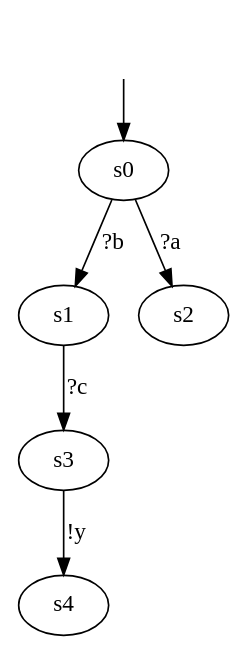
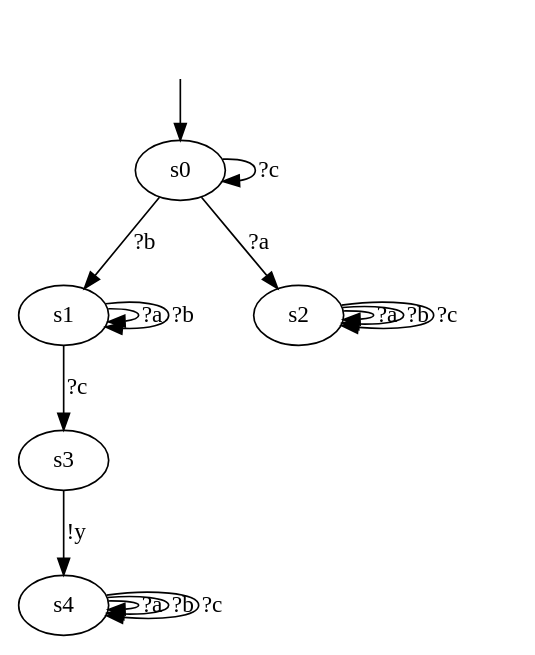
One commit to haubitzer/AALpy changed the diagram in DotModels/Iolts/07_iolts.dot. Above: the diagram before and after it, drawn with Graphviz. The commit also changed 12 other files, not shown here.

```diff
--- a/DotModels/Iolts/07_iolts.dot
+++ b/DotModels/Iolts/07_iolts.dot
@@ -1,13 +1,22 @@
 digraph learnedModel {
 s0 [label=s0];
 s1 [label=s1];
 s2 [label=s2];
 s3 [label=s3];
 s4 [label=s4];
 s0 -> s2  [label="?a"];
 s0 -> s1  [label="?b"];
+s0 -> s0  [label="?c"];
+s1 -> s1  [label="?a"];
+s1 -> s1  [label="?b"];
 s1 -> s3  [label="?c"];
+s2 -> s2  [label="?a"];
+s2 -> s2  [label="?b"];
+s2 -> s2  [label="?c"];
 s3 -> s4  [label="!y"];
+s4 -> s4  [label="?a"];
+s4 -> s4  [label="?b"];
+s4 -> s4  [label="?c"];
 __start0 [label="", shape=none];
 __start0 -> s0  [label=""];
 }
```
